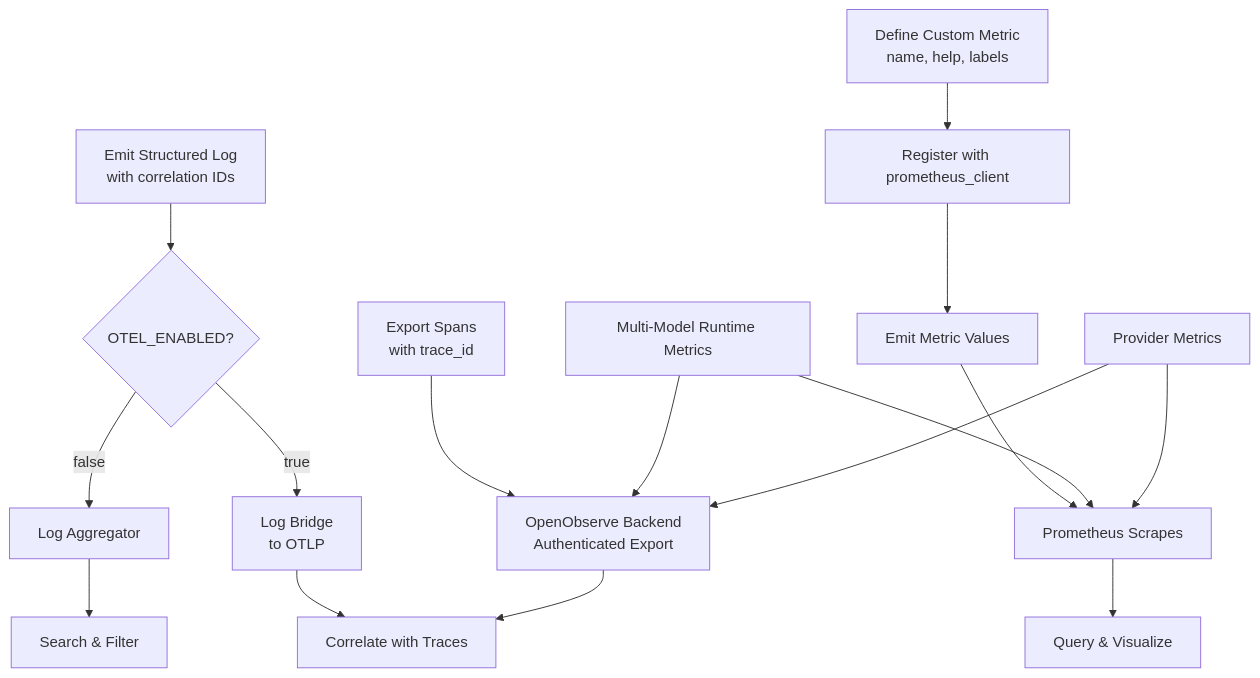
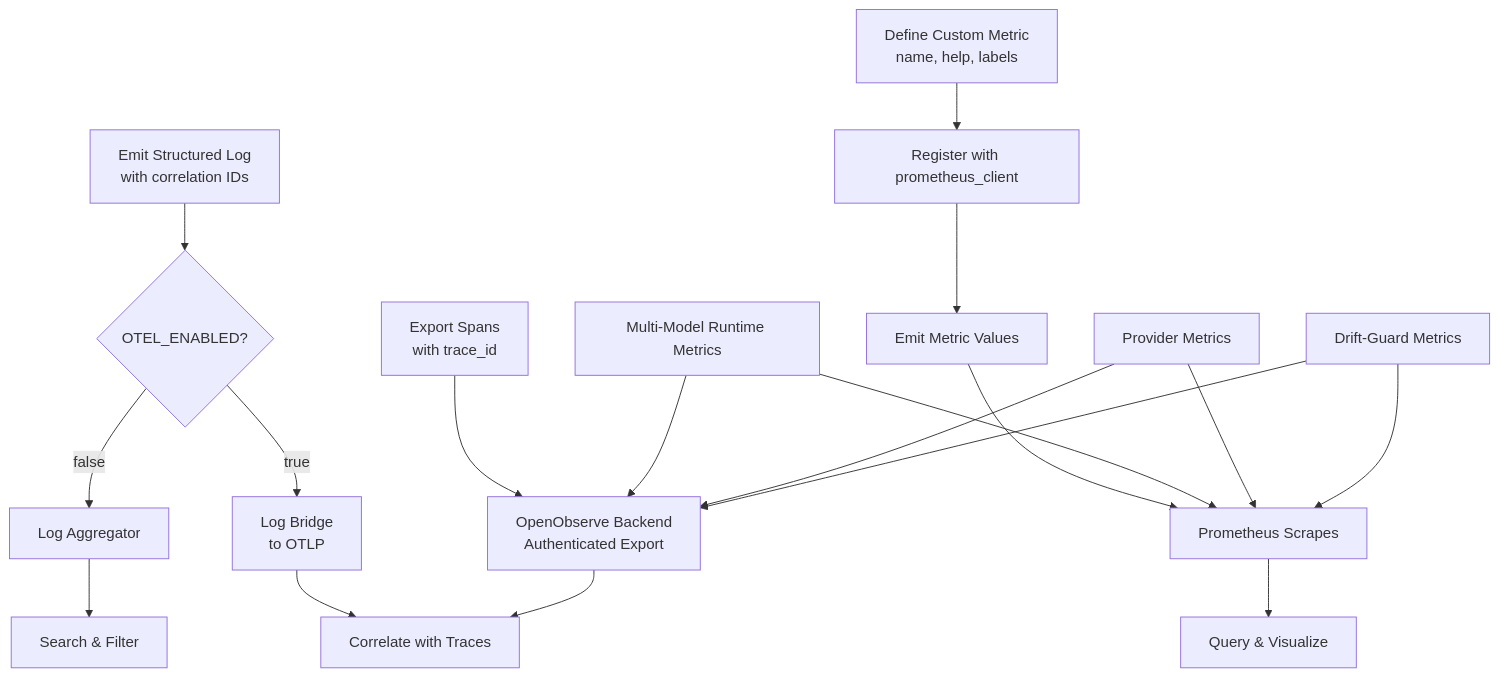
Before and after one commit to metasync/luban-aiops: diagram 13 of 14 in .qoder/repowiki/en/content/Monitoring and Observability/Monitoring and Observability.md, drawn with Mermaid. The commit also changed other lines of this file and 8 other files, not shown here.

````diff
--- a/.qoder/repowiki/en/content/Monitoring and Observability/Monitoring and Observability.md
+++ b/.qoder/repowiki/en/content/Monitoring and Observability/Monitoring and Observability.md
@@ -624,18 +718,20 @@
 ```mermaid
 flowchart TD
 DefineMetric["Define Custom Metric<br/>name, help, labels"] --> Register["Register with prometheus_client"]
 Register --> Emit["Emit Metric Values"]
 Emit --> Scrape["Prometheus Scrapes"]
 Scrape --> Query["Query & Visualize"]
 EmitLog["Emit Structured Log<br/>with correlation IDs"] --> CheckOTEL{"OTEL_ENABLED?"}
 CheckOTEL --> |false| Aggregate["Log Aggregator"]
 CheckOTEL --> |true| Bridge["Log Bridge<br/>to OTLP"]
 Bridge --> Correlate["Correlate with Traces"]
 Aggregate --> Search["Search & Filter"]
 ExportTrace["Export Spans<br/>with trace_id"] --> OpenObserve["OpenObserve Backend<br/>Authenticated Export"]
 OpenObserve --> Correlate
 NewMetrics["Multi-Model Runtime Metrics"] --> Scrape
 NewMetrics --> OpenObserve
 LubanMetrics["Provider Metrics"] --> Scrape
 LubanMetrics --> OpenObserve
+DriftMetrics["Drift-Guard Metrics"] --> Scrape
+DriftMetrics --> OpenObserve
 ```
````
